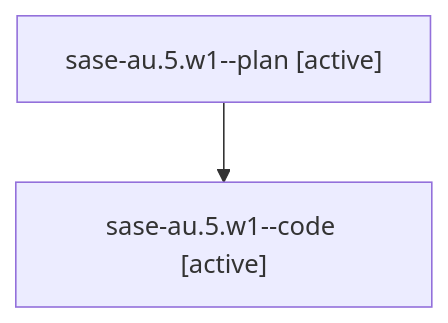
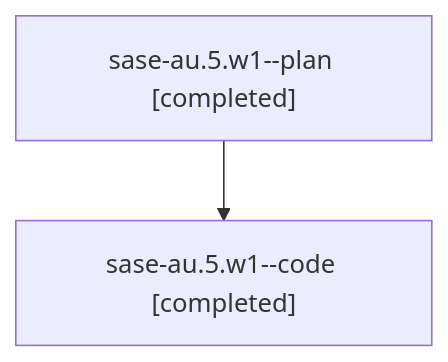
Before and after one commit to sase-org/sase--agents: the diagram in families/bbugyi200.athena.sase-au.5.w1.md, drawn with Mermaid. The commit also changed other lines of this file and 20 other files, not shown here.

````diff
--- a/families/bbugyi200.athena.sase-au.5.w1.md
+++ b/families/bbugyi200.athena.sase-au.5.w1.md
@@ -9,6 +9,6 @@
 ```mermaid
 flowchart TD
-  n0["sase-au.5.w1--plan [active]"]
-  n1["sase-au.5.w1--code [active]"]
+  n0["sase-au.5.w1--plan [completed]"]
+  n1["sase-au.5.w1--code [completed]"]
   n0 --> n1
 ```
````
